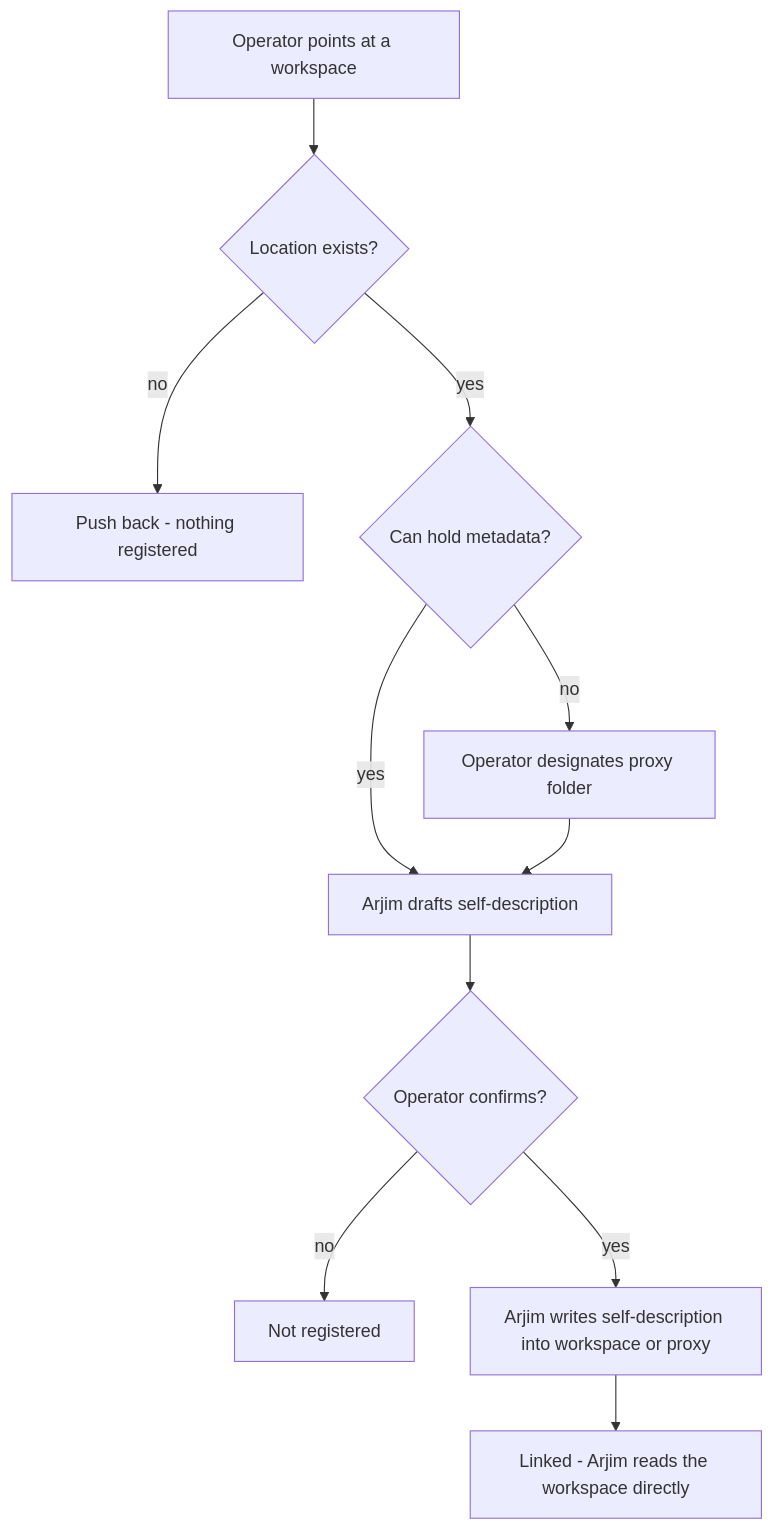
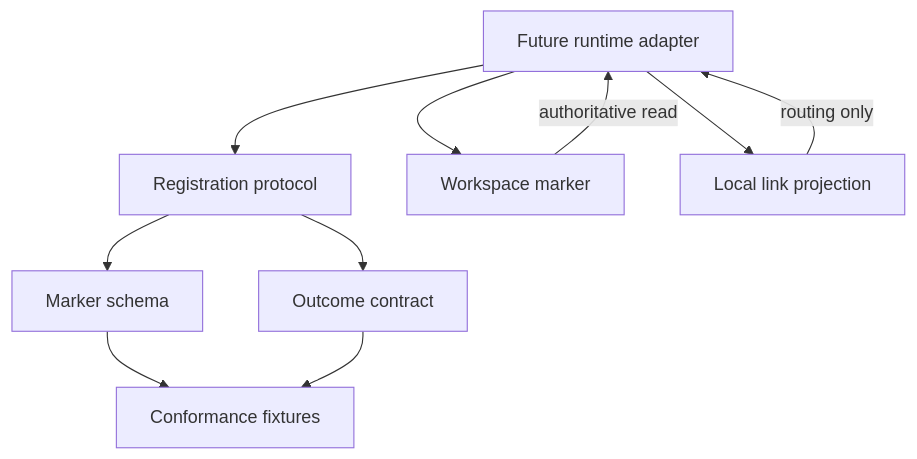
One commit to ryannmicua/arjim changed the first of 2 diagrams in docs/plans/2026-08-01-001-feat-workstream-registration-discovery-plan.md. Above: the diagram before and after it, drawn with Mermaid. The commit also changed other lines of this file, not shown here.

Commit message:
docs: deepen workstream registration discovery plan

````diff
--- a/docs/plans/2026-08-01-001-feat-workstream-registration-discovery-plan.md
+++ b/docs/plans/2026-08-01-001-feat-workstream-registration-discovery-plan.md
@@ -50,13 +169,12 @@
 ```mermaid
 flowchart TB
-    A[Operator points at a workspace] --> B{Location exists?}
-    B -->|no| P[Push back - nothing registered]
-    B -->|yes| C{Can hold metadata?}
-    C -->|no| D[Operator designates proxy folder]
-    C -->|yes| E[Arjim drafts self-description]
-    D --> E
-    E --> F{Operator confirms?}
-    F -->|no| G[Not registered]
-    F -->|yes| H[Arjim writes self-description into workspace or proxy]
-    H --> I[Linked - Arjim reads the workspace directly]
+    P[Registration protocol] --> M[Marker schema]
+    P --> O[Outcome contract]
+    M --> F[Conformance fixtures]
+    O --> F
+    A[Future runtime adapter] --> P
+    A --> W[Workspace marker]
+    A --> L[Local link projection]
+    W -->|authoritative read| A
+    L -->|routing only| A
 ```
````
